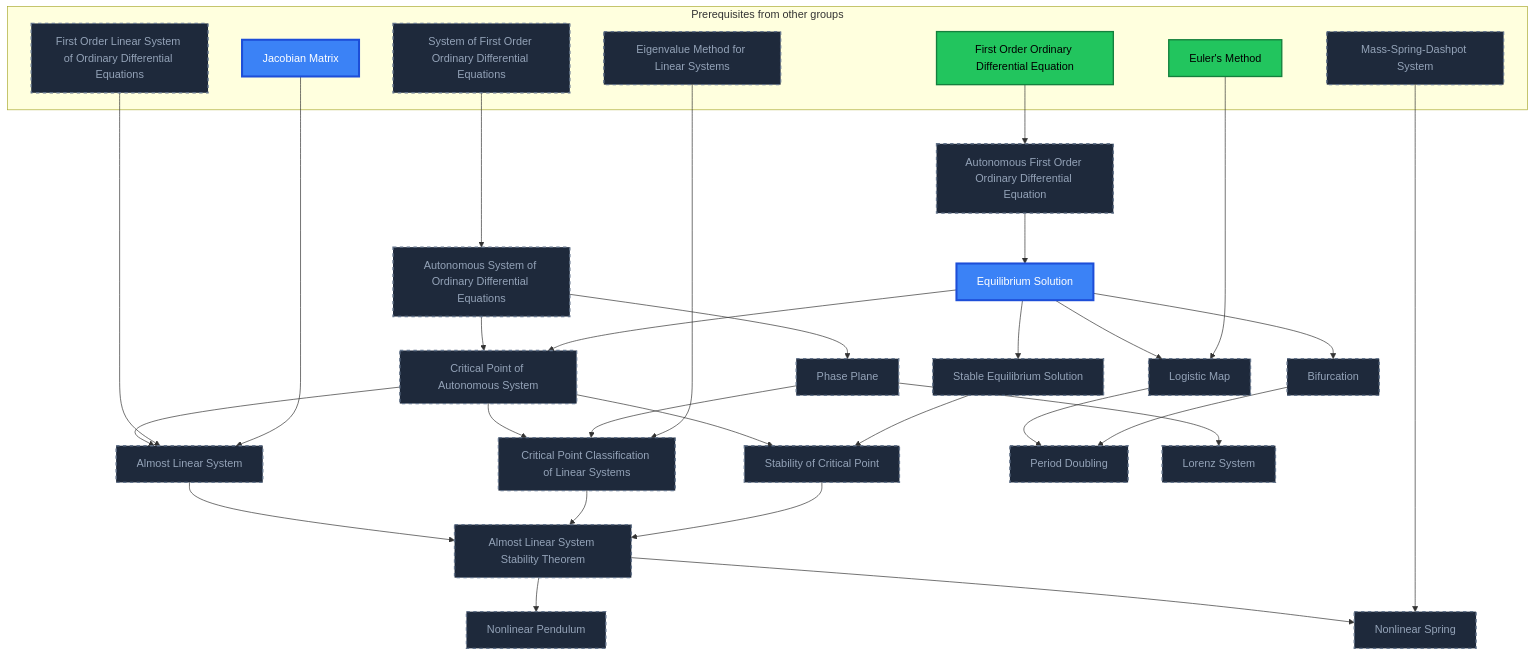
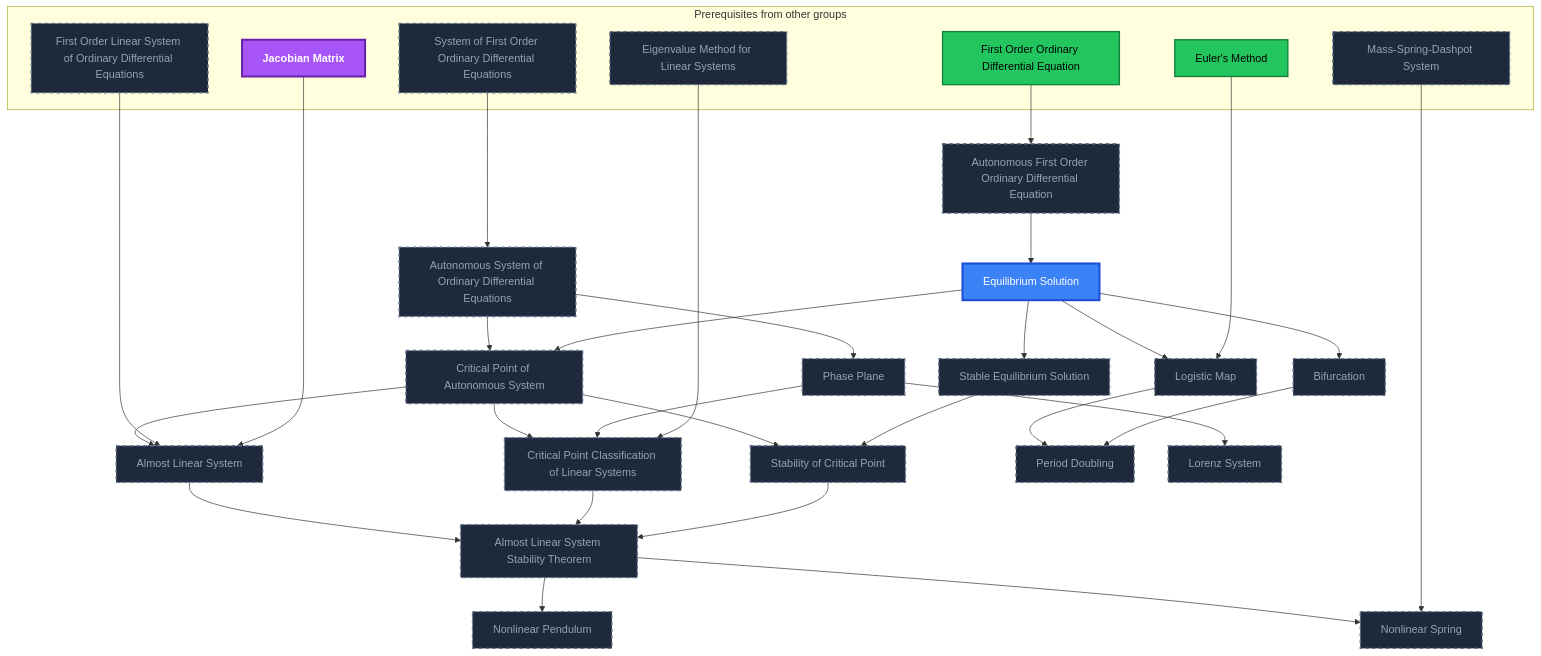
Before and after one commit to MRauf1/My-Notes: the seventh of 7 diagrams in Gamification/Skill Trees/Ordinary Differential Equations.md, drawn with Mermaid. The commit also changed other lines of this file and 73 other files, not shown here.

````diff
--- a/Gamification/Skill Trees/Ordinary Differential Equations.md
+++ b/Gamification/Skill Trees/Ordinary Differential Equations.md
@@ -393,68 +393,69 @@
 ```mermaid
 flowchart TD
     classDef planned fill:#1E293B,stroke:#64748B,stroke-width:2px,stroke-dasharray:5 5,color:#94A3B8;
     classDef locked fill:#334155,stroke:#475569,stroke-width:2px,color:#94A3B8;
     classDef L0 fill:#F1F5F9,stroke:#94A3B8,stroke-width:2px,color:#000000;
     classDef L1 fill:#22C55E,stroke:#15803D,stroke-width:2px,color:#000000;
     classDef L2 fill:#3B82F6,stroke:#1D4ED8,stroke-width:3px,color:#FFFFFF;
     classDef L3 fill:#A855F7,stroke:#6B21A8,stroke-width:3px,color:#FFFFFF,font-weight:bold;
     classDef L4 fill:#F97316,stroke:#C2410C,stroke-width:4px,color:#000000,font-weight:bold;
     classDef L5 fill:#FFD700,stroke:#FF8C00,stroke-width:5px,color:#000000,font-weight:bold;
     classDef rusty stroke:#8B4513,stroke-width:4px,stroke-dasharray:3 3;
     subgraph sg_prereqs["Prerequisites from other groups"]
         n_first_order_ordinary_differential_equation["First Order Ordinary Differential Equation"]
         n_system_of_first_order_ordinary_differential_equations["System of First Order Ordinary Differential Equations"]
         n_eigenvalue_method_for_linear_systems["Eigenvalue Method for Linear Systems"]
         n_jacobian_matrix["Jacobian Matrix"]
         n_first_order_linear_system_of_ordinary_differential_equations["First Order Linear System of Ordinary Differential Equations"]
         n_mass_spring_dashpot_system["Mass-Spring-Dashpot System"]
         n_euler_s_method["Euler's Method"]
     end
     n_autonomous_first_order_ordinary_differential_equation["Autonomous First Order Ordinary Differential Equation"]
     n_equilibrium_solution["Equilibrium Solution"]
     n_stable_equilibrium_solution["Stable Equilibrium Solution"]
     n_bifurcation["Bifurcation"]
     n_autonomous_system_of_ordinary_differential_equations["Autonomous System of Ordinary Differential Equations"]
     n_phase_plane["Phase Plane"]
     n_critical_point_of_autonomous_system["Critical Point of Autonomous System"]
     n_stability_of_critical_point["Stability of Critical Point"]
     n_critical_point_classification_of_linear_systems["Critical Point Classification of Linear Systems"]
     n_almost_linear_system["Almost Linear System"]
     n_almost_linear_system_stability_theorem["Almost Linear System Stability Theorem"]
     n_nonlinear_pendulum["Nonlinear Pendulum"]
     n_nonlinear_spring["Nonlinear Spring"]
     n_logistic_map["Logistic Map"]
     n_period_doubling["Period Doubling"]
     n_lorenz_system["Lorenz System"]
     n_first_order_ordinary_differential_equation --> n_autonomous_first_order_ordinary_differential_equation
     n_autonomous_first_order_ordinary_differential_equation --> n_equilibrium_solution
     n_equilibrium_solution --> n_stable_equilibrium_solution
     n_equilibrium_solution --> n_bifurcation
     n_system_of_first_order_ordinary_differential_equations --> n_autonomous_system_of_ordinary_differential_equations
     n_autonomous_system_of_ordinary_differential_equations --> n_phase_plane
     n_equilibrium_solution --> n_critical_point_of_autonomous_system
     n_autonomous_system_of_ordinary_differential_equations --> n_critical_point_of_autonomous_system
     n_stable_equilibrium_solution --> n_stability_of_critical_point
     n_critical_point_of_autonomous_system --> n_stability_of_critical_point
     n_eigenvalue_method_for_linear_systems --> n_critical_point_classification_of_linear_systems
     n_phase_plane --> n_critical_point_classification_of_linear_systems
     n_critical_point_of_autonomous_system --> n_critical_point_classification_of_linear_systems
     n_jacobian_matrix --> n_almost_linear_system
     n_first_order_linear_system_of_ordinary_differential_equations --> n_almost_linear_system
     n_critical_point_of_autonomous_system --> n_almost_linear_system
     n_stability_of_critical_point --> n_almost_linear_system_stability_theorem
     n_critical_point_classification_of_linear_systems --> n_almost_linear_system_stability_theorem
     n_almost_linear_system --> n_almost_linear_system_stability_theorem
     n_almost_linear_system_stability_theorem --> n_nonlinear_pendulum
     n_mass_spring_dashpot_system --> n_nonlinear_spring
     n_almost_linear_system_stability_theorem --> n_nonlinear_spring
     n_euler_s_method --> n_logistic_map
     n_equilibrium_solution --> n_logistic_map
     n_bifurcation --> n_period_doubling
     n_logistic_map --> n_period_doubling
     n_phase_plane --> n_lorenz_system
     class n_system_of_first_order_ordinary_differential_equations,n_eigenvalue_method_for_linear_systems,n_first_order_linear_system_of_ordinary_differential_equations,n_mass_spring_dashpot_system,n_autonomous_first_order_ordinary_differential_equation,n_stable_equilibrium_solution,n_bifurcation,n_autonomous_system_of_ordinary_differential_equations,n_phase_plane,n_critical_point_of_autonomous_system,n_stability_of_critical_point,n_critical_point_classification_of_linear_systems,n_almost_linear_system,n_almost_linear_system_stability_theorem,n_nonlinear_pendulum,n_nonlinear_spring,n_logistic_map,n_period_doubling,n_lorenz_system planned;
     class n_first_order_ordinary_differential_equation,n_euler_s_method L1;
-    class n_jacobian_matrix,n_equilibrium_solution L2;
+    class n_equilibrium_solution L2;
+    class n_jacobian_matrix L3;
     class n_first_order_ordinary_differential_equation,n_jacobian_matrix,n_euler_s_method,n_equilibrium_solution internal-link;
 ```
````
